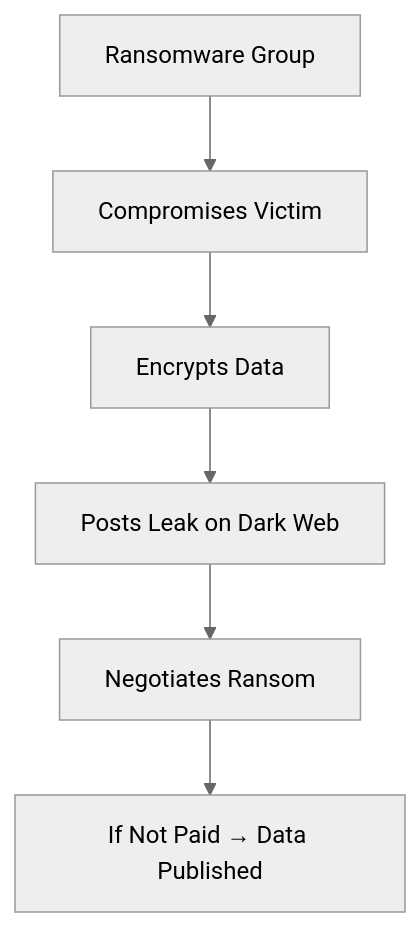
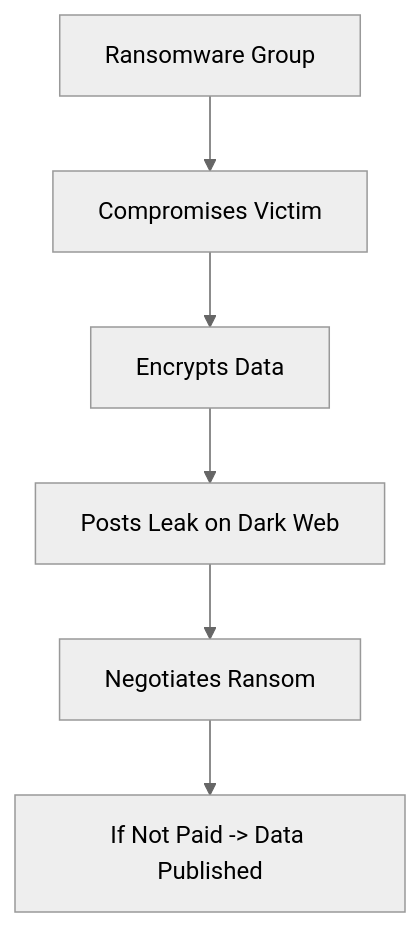
Before and after one commit to vishalkumar28/SOC-Training: the diagram in src/data/content/day2/dark-web-onion-intelligence.md, drawn with Mermaid (neutral theme). The commit also changed other lines of this file and 4 other files, not shown here.

Commit message:
feat: add Day 2 curriculum content including MITRE ATT&CK mapping, threat actor profiling, and Mermaid diagram component

````diff
--- a/src/data/content/day2/dark-web-onion-intelligence.md
+++ b/src/data/content/day2/dark-web-onion-intelligence.md
@@ -39,9 +39,9 @@
 ```mermaid
 graph TD
     A["Ransomware Group"]
     A --> B["Compromises Victim"]
     B --> C["Encrypts Data"]
     C --> D["Posts Leak on Dark Web"]
     D --> E["Negotiates Ransom"]
-    E --> F["If Not Paid → Data Published"]
+    E --> F["If Not Paid -> Data Published"]
 ```
````
